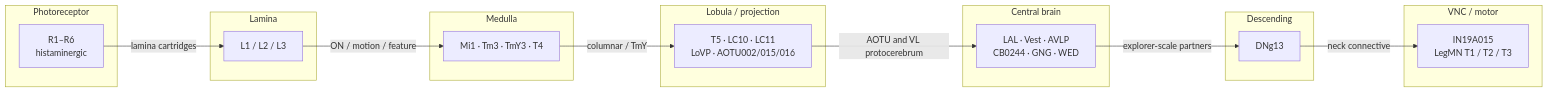
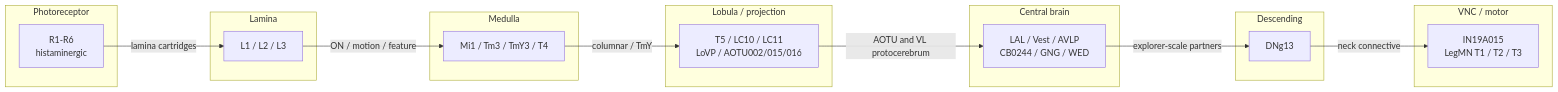
One commit to kalyandhar84/When-LLM-Play-with-fruit-fly-s-Brain changed the seventh of 9 diagrams in docs/ARCHITECTURE.md. Above: the diagram before and after it, drawn with Mermaid. The commit also changed other lines of this file and 9 other files, not shown here.

````diff
--- a/docs/ARCHITECTURE.md
+++ b/docs/ARCHITECTURE.md
@@ -682,31 +682,31 @@
 ```mermaid
 flowchart LR
   subgraph Photoreceptor
-    R[R1–R6<br/>histaminergic]
+    R["R1-R6<br/>histaminergic"]
   end
   subgraph Lamina
-    L[L1 / L2 / L3]
+    L["L1 / L2 / L3"]
   end
   subgraph Medulla
-    M[Mi1 · Tm3 · TmY3 · T4]
+    M["Mi1 / Tm3 / TmY3 / T4"]
   end
   subgraph "Lobula / projection"
-    P[T5 · LC10 · LC11<br/>LoVP · AOTU002/015/016]
+    P["T5 / LC10 / LC11<br/>LoVP / AOTU002/015/016"]
   end
   subgraph "Central brain"
-    CB[LAL · Vest · AVLP<br/>CB0244 · GNG · WED]
+    CB["LAL / Vest / AVLP<br/>CB0244 / GNG / WED"]
   end
   subgraph Descending
-    DN[DNg13]
+    DN["DNg13"]
   end
   subgraph "VNC / motor"
-    V[IN19A015<br/>LegMN T1 / T2 / T3]
+    V["IN19A015<br/>LegMN T1 / T2 / T3"]
   end
 
   R -->|lamina cartridges| L
   L -->|ON / motion / feature| M
   M -->|columnar / TmY| P
   P -->|AOTU and VL protocerebrum| CB
   CB -->|explorer-scale partners| DN
   DN -->|neck connective| V
 ```
````
